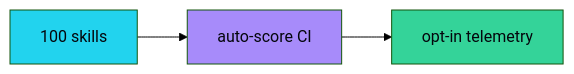
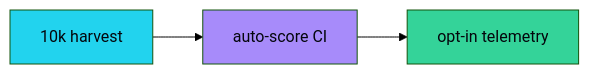
The eighth of 10 diagrams in README.md (aniruddhaadak80/skillforge), drawn with Mermaid (forest theme) before and after one commit. The commit also changed other lines of this file and 37 other files, not shown here.

````diff
--- a/README.md
+++ b/README.md
@@ -277,11 +287,11 @@
 ```mermaid
 flowchart LR
-    MORE[100 skills] --> AUTO[auto-score CI]
+    MORE[10k harvest] --> AUTO[auto-score CI]
     AUTO --> TEL[opt-in telemetry]
     classDef live fill:#22d3ee,color:#04060c;
     classDef ai fill:#a78bfa,color:#04060c;
     classDef agent fill:#34d399,color:#04060c;
     class MORE live;
     class AUTO ai;
     class TEL agent;
 ```
````
